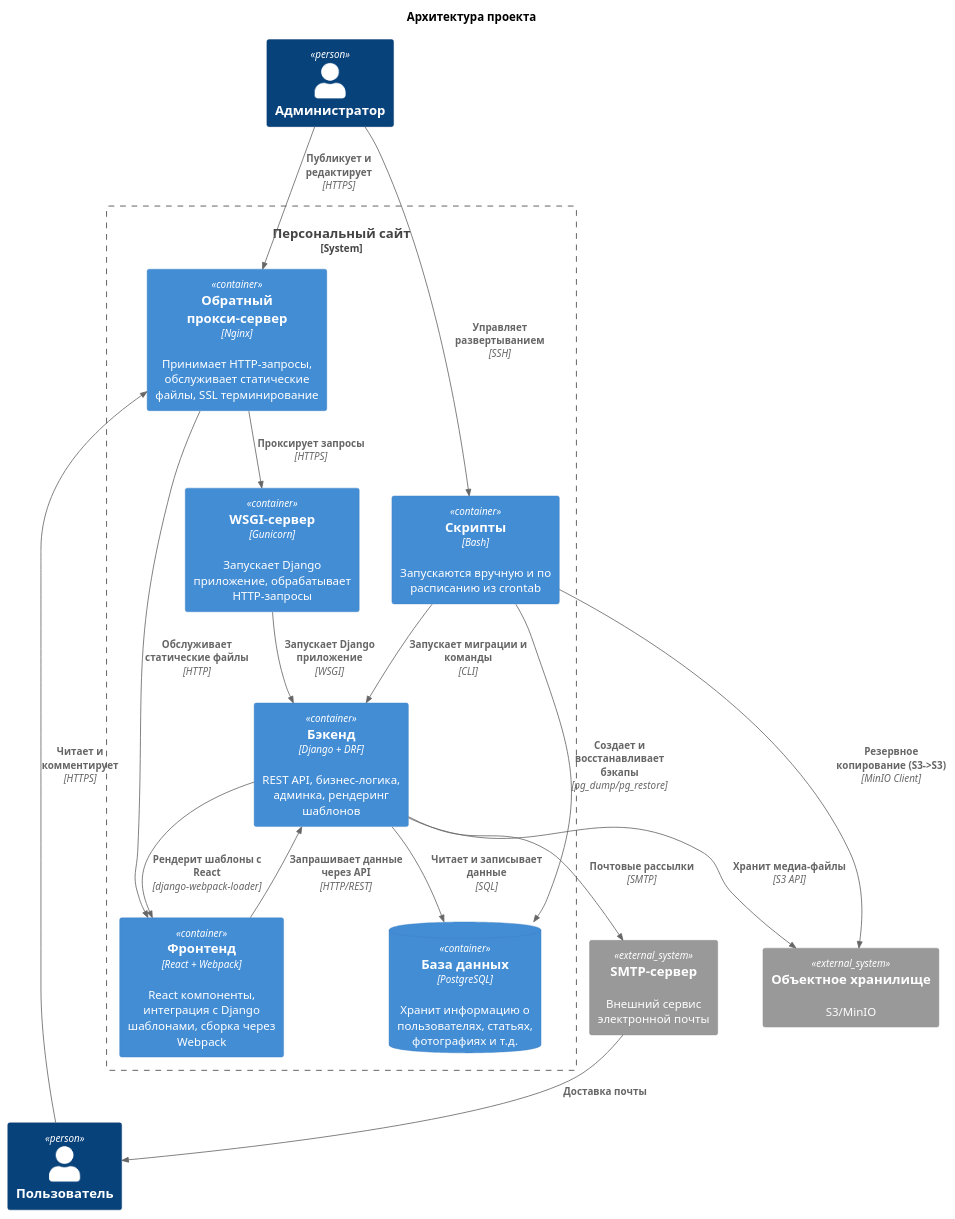
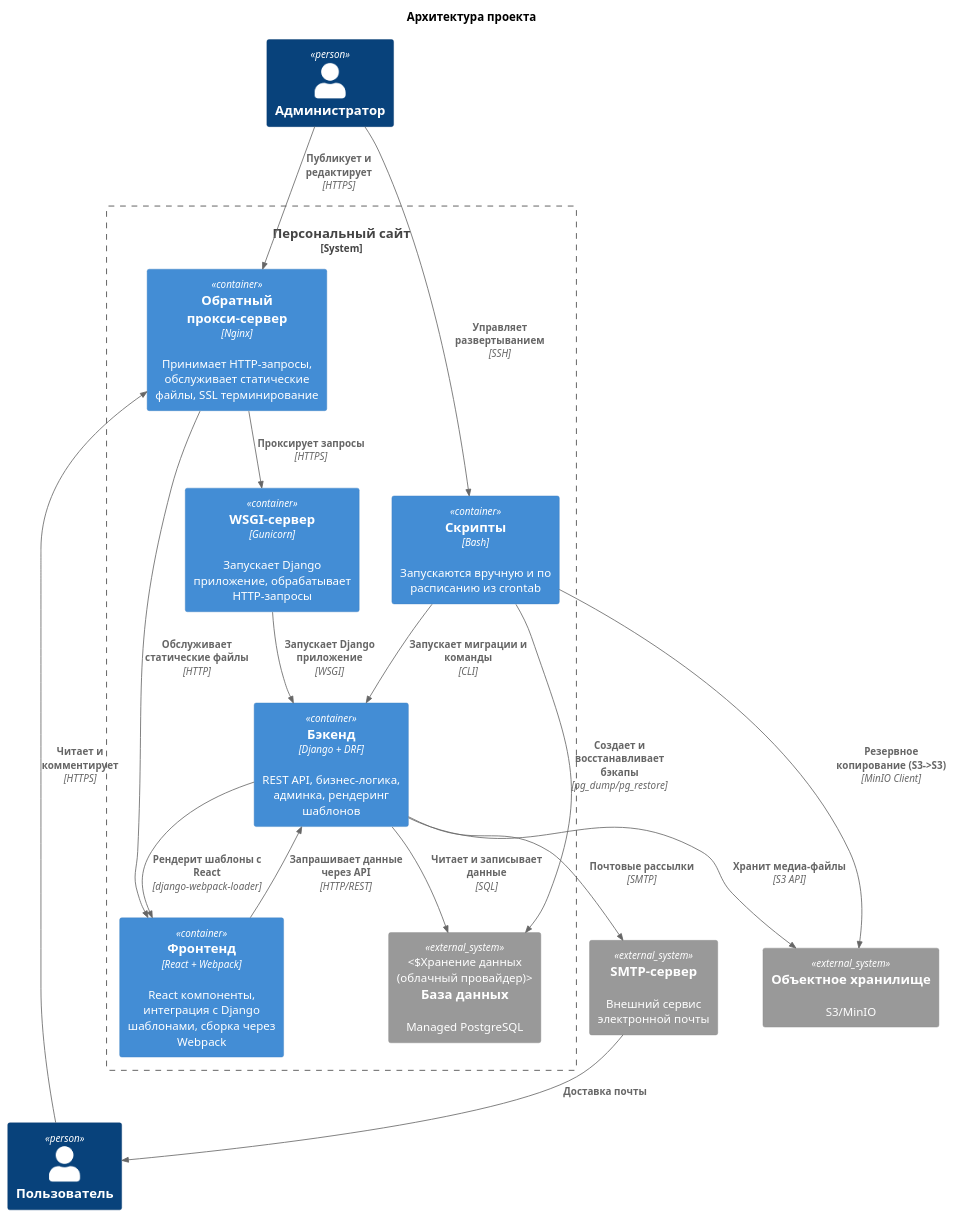
The diagram in docs/diagrams/src/container.puml (mikhpo/personal-website), drawn with PlantUML before and after one commit. The commit also changed 6 other files, not shown here.

First line of the commit message:
feat: подготовка кода к миграции на Managed PostgreSQL

```diff
--- a/docs/diagrams/src/container.puml
+++ b/docs/diagrams/src/container.puml
@@ -1,36 +1,36 @@
 @startuml container
 
 !include <C4/C4_Container>
 
 title Архитектура проекта
 
 Person(user, "Пользователь")
 Person(admin, "Администратор")
 System_Boundary(project, "Персональный сайт") {
     Container(nginx, "Обратный прокси-сервер", "Nginx", "Принимает HTTP-запросы, обслуживает статические файлы, SSL терминирование")
     Container(gunicorn, "WSGI-сервер", "Gunicorn", "Запускает Django приложение, обрабатывает HTTP-запросы")
     Container(backend, "Бэкенд", "Django + DRF", "REST API, бизнес-логика, админка, рендеринг шаблонов")
     Container(frontend, "Фронтенд", "React + Webpack", "React компоненты, интеграция с Django шаблонами, сборка через Webpack")
     Container(scripts, "Скрипты", "Bash", "Запускаются вручную и по расписанию из crontab")
-    ContainerDb(db, "База данных", "PostgreSQL", "Хранит информацию о пользователях, статьях, фотографиях и т.д.")
+    System_Ext(db, "База данных", "Managed PostgreSQL", "Хранение данных (облачный провайдер)")
 }
 System_Ext(s3, "Объектное хранилище", "S3/MinIO")
 System_Ext(smtp, "SMTP-сервер", "Внешний сервис электронной почты")
 
 Rel(admin, nginx, "Публикует и редактирует", "HTTPS")
 Rel(admin, scripts, "Управляет развертыванием", "SSH")
 Rel(user, nginx, "Читает и комментирует", "HTTPS")
 Rel(nginx, gunicorn, "Проксирует запросы", "HTTPS")
 Rel(nginx, frontend, "Обслуживает статические файлы", "HTTP")
 Rel(gunicorn, backend, "Запускает Django приложение", "WSGI")
 Rel(backend, frontend, "Рендерит шаблоны с React", "django-webpack-loader")
 Rel(frontend, backend, "Запрашивает данные через API", "HTTP/REST")
 Rel(backend, db, "Читает и записывает данные", "SQL")
 Rel(backend, s3, "Хранит медиа-файлы", "S3 API")
 Rel(backend, smtp, "Почтовые рассылки", "SMTP")
 Rel(smtp, user, "Доставка почты")
 Rel(scripts, backend, "Запускает миграции и команды", "CLI")
 Rel(scripts, db, "Создает и восстанавливает бэкапы", "pg_dump/pg_restore")
 Rel(scripts, s3, "Резервное копирование (S3->S3)", "MinIO Client")
 
 @enduml
```
